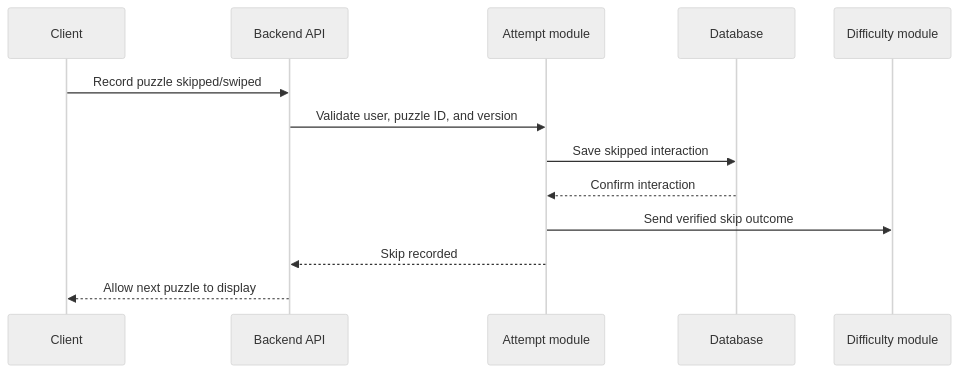
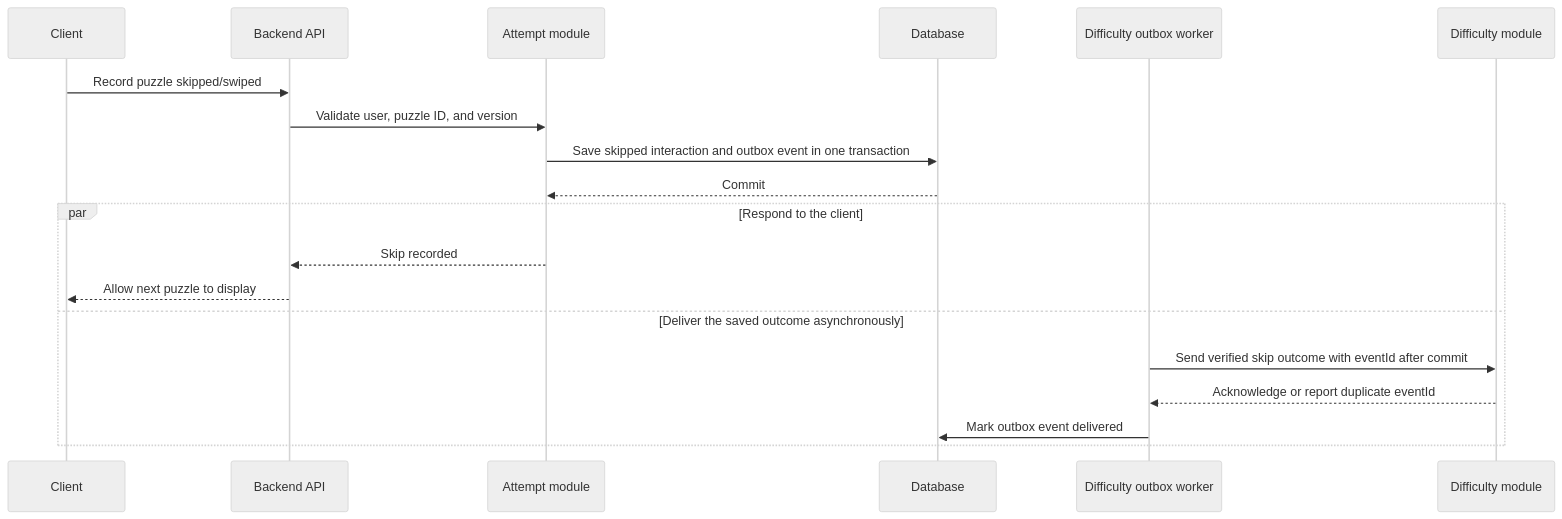
Before and after one commit to yassine0010/pikpok: the fifth of 9 diagrams in technical-architecture.md, drawn with Mermaid (neutral theme). The commit also changed other lines of this file and 8 other files, not shown here.

Commit message:
docs: reorganize project documentation and update technical implementation and architecture specifications

````diff
--- a/technical-architecture.md
+++ b/technical-architecture.md
@@ -798,16 +822,22 @@
 ```mermaid
 sequenceDiagram
     participant C as Client
     participant A as Backend API
     participant V as Attempt module
     participant D as Database
+    participant O as Difficulty outbox worker
     participant G as Difficulty module
 
     C->>A: Record puzzle skipped/swiped
     A->>V: Validate user, puzzle ID, and version
-    V->>D: Save skipped interaction
-    D-->>V: Confirm interaction
-    V->>G: Send verified skip outcome
-    V-->>A: Skip recorded
-    A-->>C: Allow next puzzle to display
+    V->>D: Save skipped interaction and outbox event in one transaction
+    D-->>V: Commit
+    par Respond to the client
+        V-->>A: Skip recorded
+        A-->>C: Allow next puzzle to display
+    and Deliver the saved outcome asynchronously
+        O->>G: Send verified skip outcome with eventId after commit
+        G-->>O: Acknowledge or report duplicate eventId
+        O->>D: Mark outbox event delivered
+    end
 ```
````
